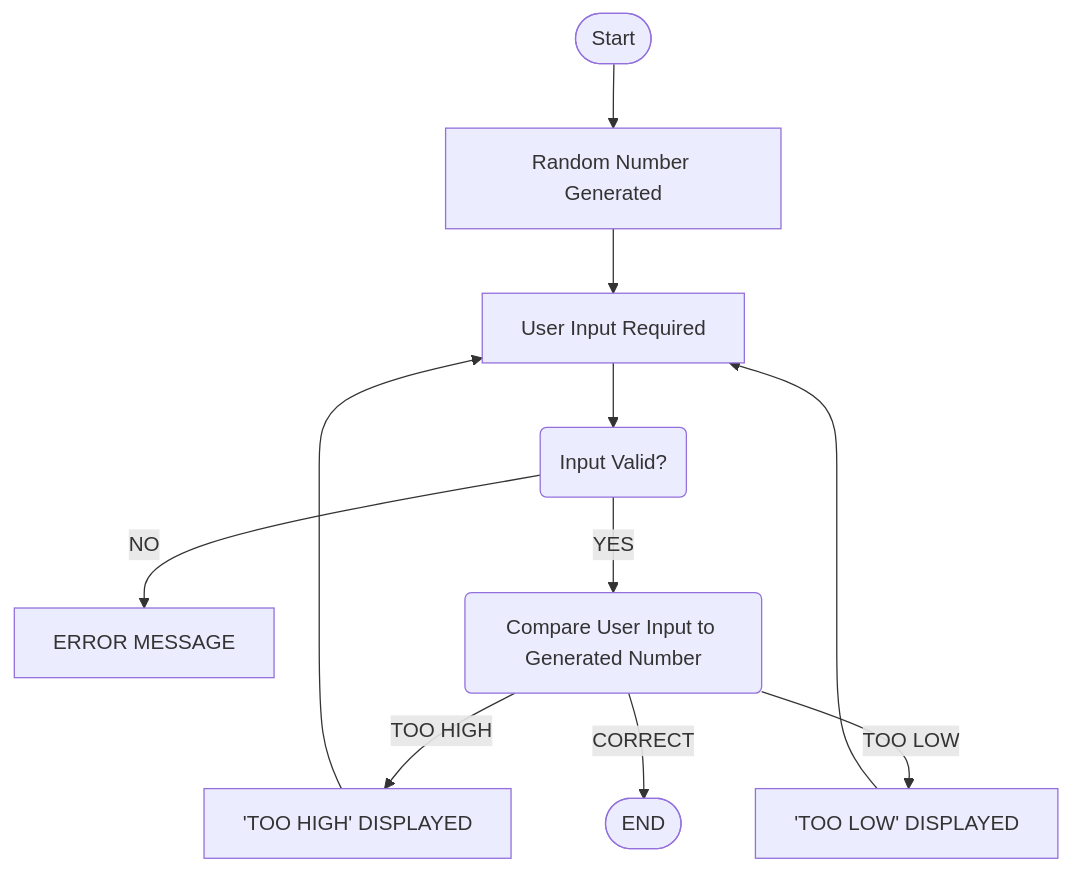
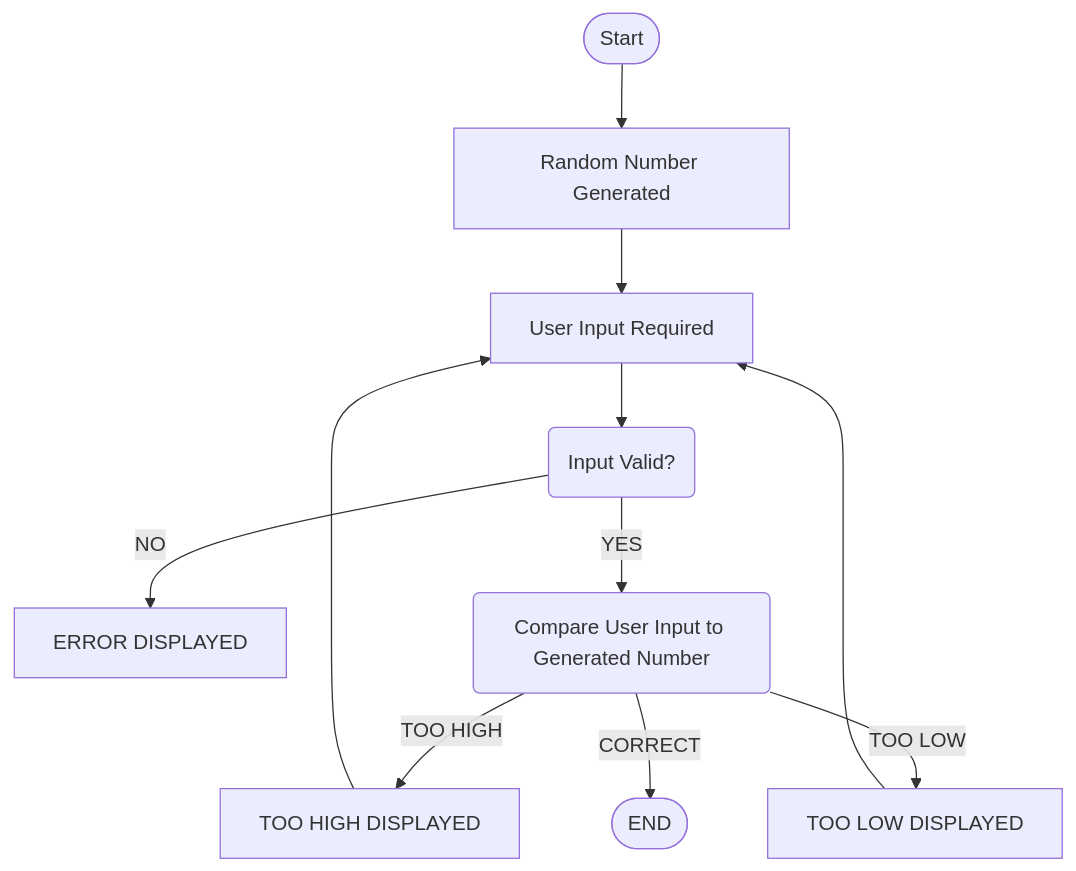
Before and after one commit to dhill5/dhill5.github.io: the diagram in Guessing.md, drawn with Mermaid.

Commit message:
Cleaning up graph

````diff
--- a/Guessing.md
+++ b/Guessing.md
@@ -1,13 +1,13 @@
 ```mermaid
 flowchart TD
 A([Start])--> B[Random Number Generated]
 B --> C[User Input Required]
 C --> D(Input Valid?)
-D --> |NO| E[ERROR MESSAGE]
+D --> |NO| E["ERROR" DISPLAYED]
 D --> |YES| F(Compare User Input to Generated Number)
-F --> |TOO HIGH| G['TOO HIGH' DISPLAYED]
+F --> |TOO HIGH| G["TOO HIGH" DISPLAYED]
 G --> C
-F --> |TOO LOW| H['TOO LOW' DISPLAYED]
+F --> |TOO LOW| H["TOO LOW" DISPLAYED]
 H --> C
 F --> |CORRECT| I([END])
 ```
````
